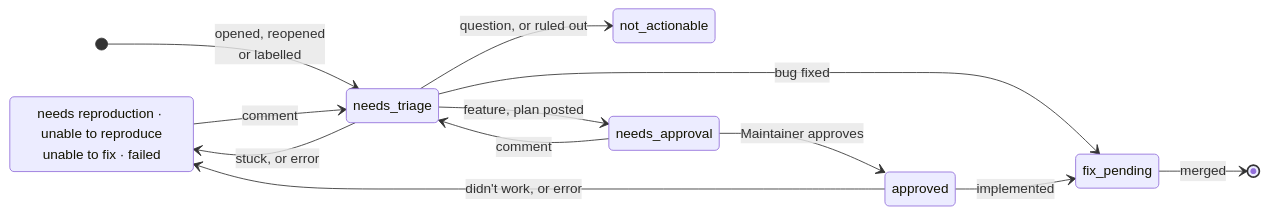
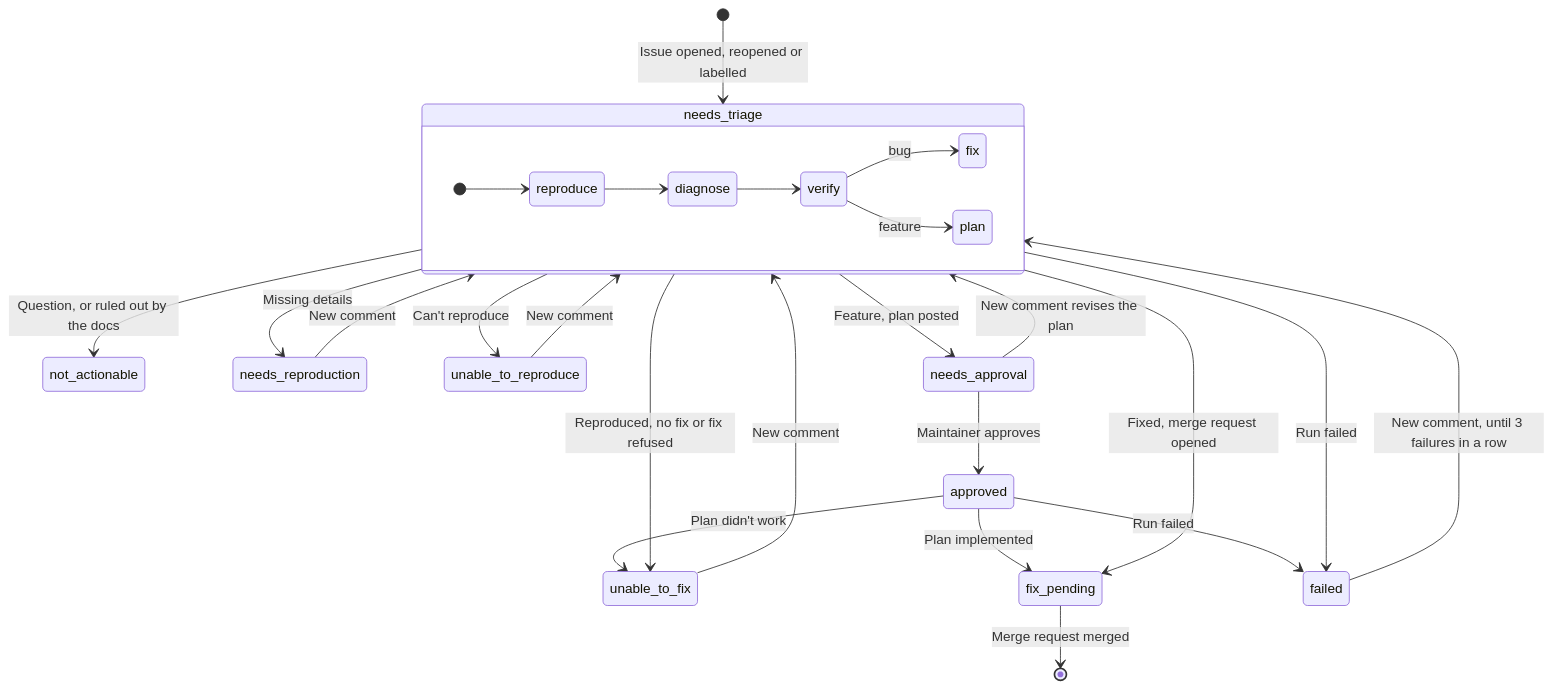
Before and after one commit to jakob1379/gitlab-triagebot-action: the diagram in README.md, drawn with Mermaid. The commit also changed other lines of this file, not shown here.

Commit message:
docs: draw the state machine in upstream's style, with a label table

````diff
--- a/README.md
+++ b/README.md
@@ -11,16 +11,34 @@
 ```mermaid
 stateDiagram-v2
-    direction LR
-    state "needs reproduction · unable to reproduce<br/>unable to fix · failed" as waiting
-    [*] --> needs_triage: opened, reopened<br/>or labelled
-    needs_triage --> not_actionable: question, or ruled out
-    needs_triage --> fix_pending: bug fixed
-    needs_triage --> waiting: stuck, or error
-    waiting --> needs_triage: comment
-    needs_triage --> needs_approval: feature, plan posted
-    needs_approval --> needs_triage: comment
+    [*] --> needs_triage: Issue opened, reopened or labelled
+
+    needs_triage --> not_actionable: Question, or ruled out by the docs
+    needs_triage --> needs_reproduction: Missing details
+    needs_triage --> unable_to_reproduce: Can't reproduce
+    needs_triage --> unable_to_fix: Reproduced, no fix or fix refused
+    needs_triage --> fix_pending: Fixed, merge request opened
+    needs_triage --> needs_approval: Feature, plan posted
+    needs_triage --> failed: Run failed
+
     needs_approval --> approved: Maintainer approves
-    approved --> fix_pending: implemented
-    approved --> waiting: didn't work, or error
-    fix_pending --> [*]: merged
+    needs_approval --> needs_triage: New comment revises the plan
+    approved --> fix_pending: Plan implemented
+    approved --> unable_to_fix: Plan didn't work
+    approved --> failed: Run failed
+
+    needs_reproduction --> needs_triage: New comment
+    unable_to_reproduce --> needs_triage: New comment
+    unable_to_fix --> needs_triage: New comment
+    failed --> needs_triage: New comment, until 3 failures in a row
+
+    fix_pending --> [*]: Merge request merged
+
+    state needs_triage {
+        direction LR
+        [*] --> reproduce
+        reproduce --> diagnose
+        diagnose --> verify
+        verify --> fix: bug
+        verify --> plan: feature
+    }
 ```
````
